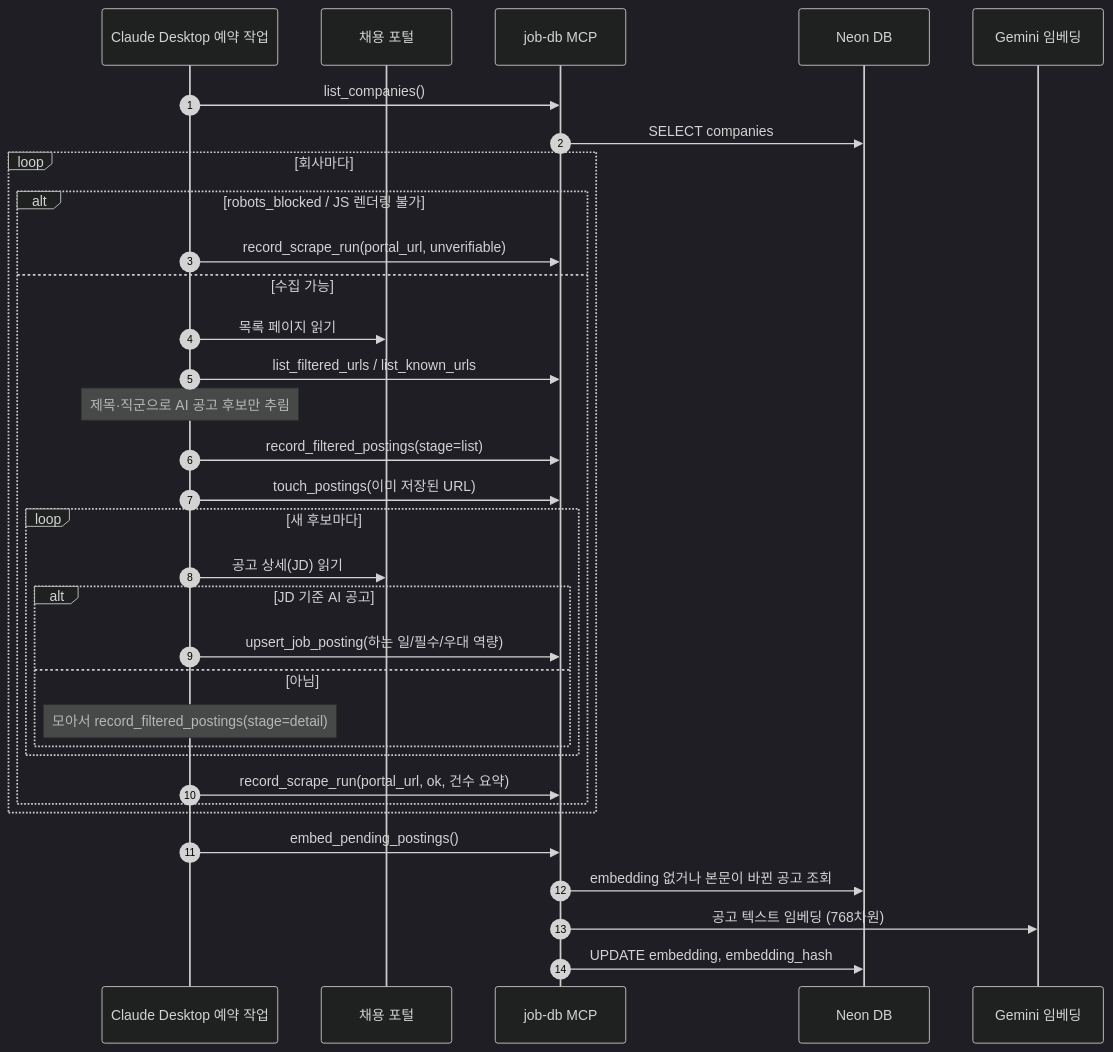
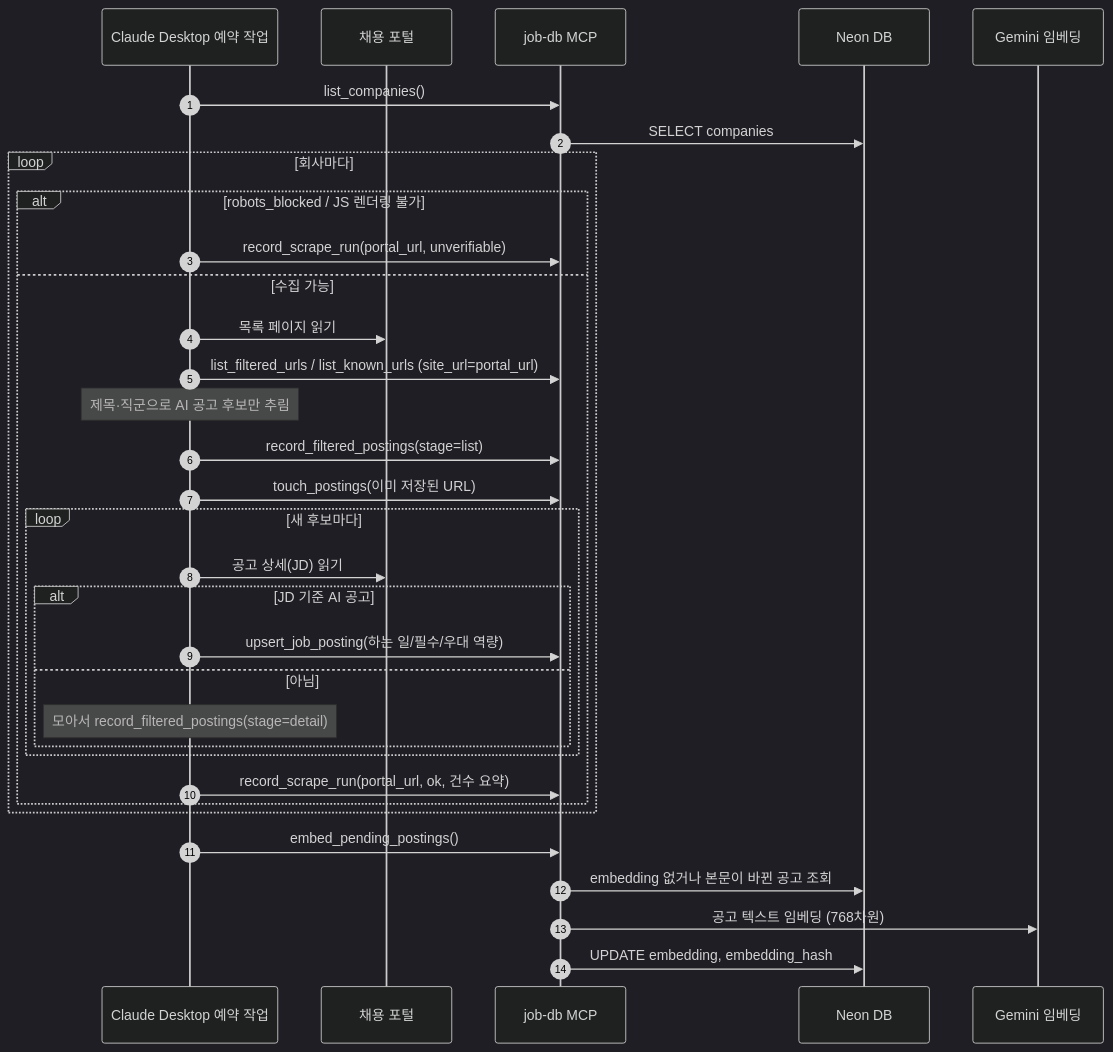
Before and after one commit to hymn-fly/recruit-posting-agent: the second of 5 diagrams in README.md, drawn with Mermaid (dark theme). The commit also changed other lines of this file and 12 other files, not shown here.

````diff
--- a/README.md
+++ b/README.md
@@ -125,36 +130,36 @@
 ```mermaid
 sequenceDiagram
     autonumber
     participant CD as Claude Desktop 예약 작업
     participant Web as 채용 포털
     participant JDB as job-db MCP
     participant DB as Neon DB
     participant GEM as Gemini 임베딩
 
     CD->>JDB: list_companies()
     JDB->>DB: SELECT companies
     loop 회사마다
         alt robots_blocked / JS 렌더링 불가
             CD->>JDB: record_scrape_run(portal_url, unverifiable)
         else 수집 가능
             CD->>Web: 목록 페이지 읽기
-            CD->>JDB: list_filtered_urls / list_known_urls
+            CD->>JDB: list_filtered_urls / list_known_urls (site_url=portal_url)
             Note over CD: 제목·직군으로 AI 공고 후보만 추림
             CD->>JDB: record_filtered_postings(stage=list)
             CD->>JDB: touch_postings(이미 저장된 URL)
             loop 새 후보마다
                 CD->>Web: 공고 상세(JD) 읽기
                 alt JD 기준 AI 공고
                     CD->>JDB: upsert_job_posting(하는 일/필수/우대 역량)
                 else 아님
                     Note over CD: 모아서 record_filtered_postings(stage=detail)
                 end
             end
             CD->>JDB: record_scrape_run(portal_url, ok, 건수 요약)
         end
     end
     CD->>JDB: embed_pending_postings()
     JDB->>DB: embedding 없거나 본문이 바뀐 공고 조회
     JDB->>GEM: 공고 텍스트 임베딩 (768차원)
     JDB->>DB: UPDATE embedding, embedding_hash
 ```
````
